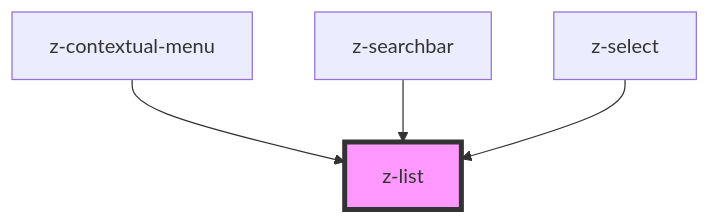
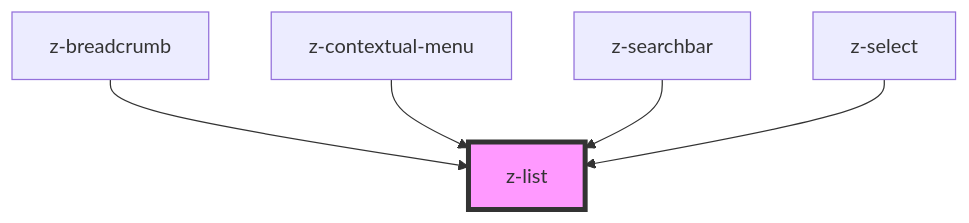
Before and after one commit to ZanichelliEditore/design-system: the diagram in src/components/list/z-list/readme.md, drawn with Mermaid. The commit also changed other lines of this file and 9 other files, not shown here.

````diff
--- a/src/components/list/z-list/readme.md
+++ b/src/components/list/z-list/readme.md
@@ -23,7 +24,8 @@
 ```mermaid
 graph TD;
+  z-breadcrumb --> z-list
   z-contextual-menu --> z-list
   z-searchbar --> z-list
   z-select --> z-list
   style z-list fill:#f9f,stroke:#333,stroke-width:4px
 ```
````
